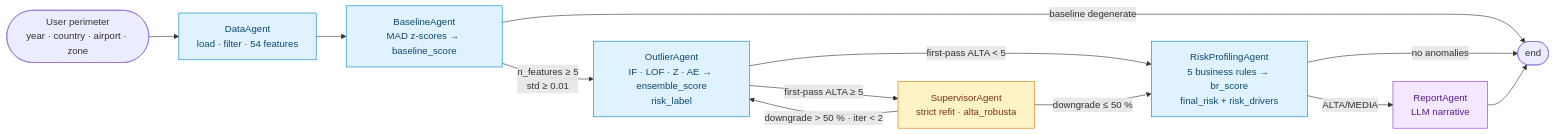
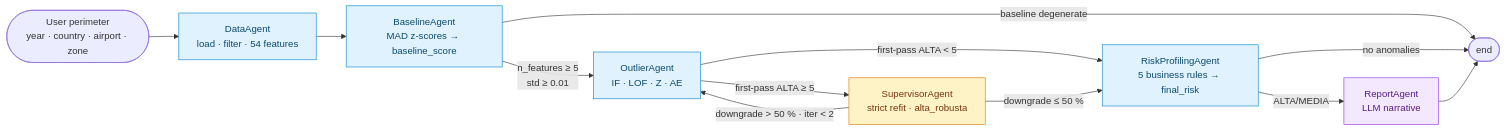
Before and after one commit to DanieleGiovanardi2408/ReplyxLuissproject-815601-: the diagram in README.md, drawn with Mermaid. The commit also changed other lines of this file, not shown here.

````diff
--- a/README.md
+++ b/README.md
@@ -77,21 +56,21 @@
 ```mermaid
 flowchart LR
     U([User perimeter<br/>year · country · airport · zone]) --> D
     D[DataAgent<br/>load · filter · 54 features] --> B
     B[BaselineAgent<br/>MAD z-scores → baseline_score]
-    B -- "n_features ≥ 5<br/>std ≥ 0.01" --> O[OutlierAgent<br/>IF · LOF · Z · AE → ensemble_score<br/>risk_label]
+    B -- "n_features ≥ 5<br/>std ≥ 0.01" --> O[OutlierAgent<br/>IF · LOF · Z · AE]
     B -- "baseline degenerate" --> END([end])
     O -- "first-pass ALTA ≥ 5" --> S[SupervisorAgent<br/>strict refit · alta_robusta]
     O -- "first-pass ALTA &lt; 5" --> R
-    S -- "downgrade ≤ 50 %" --> R[RiskProfilingAgent<br/>5 business rules → br_score<br/>final_risk + risk_drivers]
+    S -- "downgrade ≤ 50 %" --> R[RiskProfilingAgent<br/>5 business rules → final_risk]
     S -- "downgrade > 50 % · iter &lt; 2" --> O
     R -- "ALTA/MEDIA" --> RP[ReportAgent<br/>LLM narrative]
     R -- "no anomalies" --> END
     RP --> END
     classDef det fill:#e0f2fe,stroke:#0284c7,color:#0c4a6e
     classDef ver fill:#fef3c7,stroke:#d97706,color:#78350f
     classDef llm fill:#f3e8ff,stroke:#9333ea,color:#581c87
     class D,B,O,R det
     class S ver
     class RP llm
 ```
````
